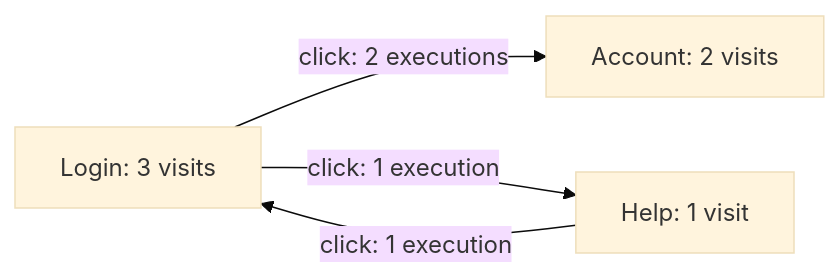
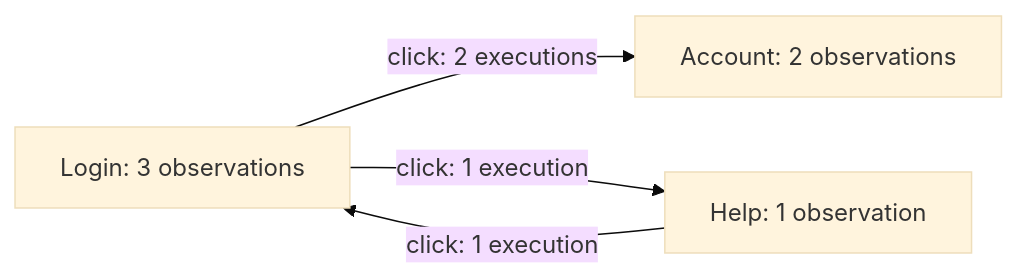
The diagram in docs/abstraction.md (ferpasri/testar-state-model-dashboard), drawn with Mermaid (base theme) before and after one commit. The commit also changed other lines of this file and 57 other files, not shown here.

````diff
--- a/docs/abstraction.md
+++ b/docs/abstraction.md
@@ -29,6 +29,6 @@
 ```mermaid
 flowchart LR
-    Login["Login: 3 visits"] -->|"click: 2 executions"| Account["Account: 2 visits"]
-    Login -->|"click: 1 execution"| Help["Help: 1 visit"]
+    Login["Login: 3 observations"] -->|"click: 2 executions"| Account["Account: 2 observations"]
+    Login -->|"click: 1 execution"| Help["Help: 1 observation"]
     Help -->|"click: 1 execution"| Login
 ```
````
